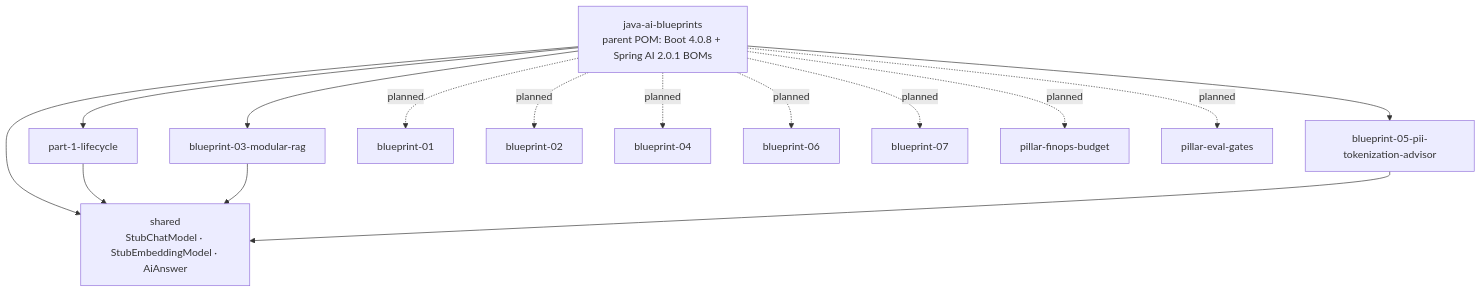
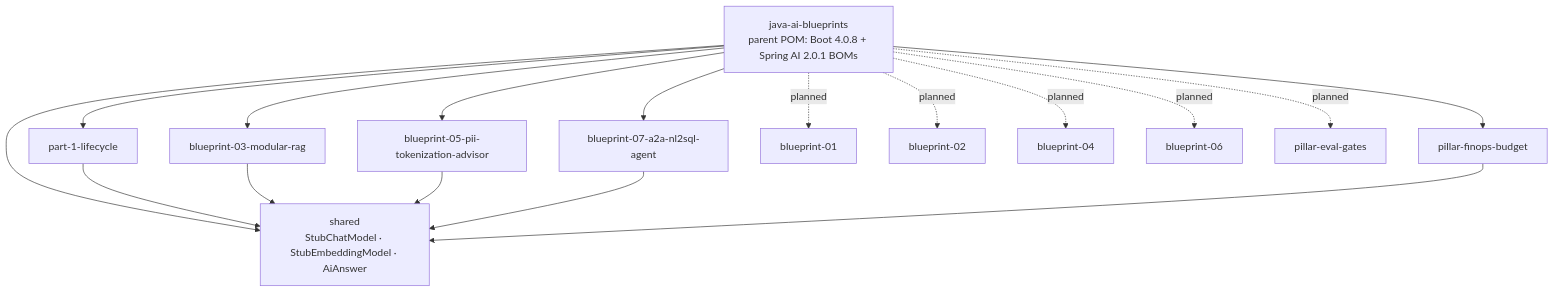
Before and after one commit to aaron-samuvel/java-ai-blueprints: the first of 3 diagrams in docs/architecture.md, drawn with Mermaid. The commit also changed 4 other files, not shown here.

Commit message:
docs: update README, mapping, architecture, progress and CHANGELOG for M3

````diff
--- a/docs/architecture.md
+++ b/docs/architecture.md
@@ -6,12 +6,16 @@
 ```mermaid
 flowchart TB
   root[java-ai-blueprints<br/>parent POM: Boot 4.0.8 + Spring AI 2.0.1 BOMs]
   root --> shared[shared<br/>StubChatModel · StubEmbeddingModel · AiAnswer]
   root --> p1[part-1-lifecycle]
   root --> b3[blueprint-03-modular-rag]
   root --> b5[blueprint-05-pii-tokenization-advisor]
+  root --> b7[blueprint-07-a2a-nl2sql-agent]
+  root --> fin[pillar-finops-budget]
   p1 --> shared
   b3 --> shared
   b5 --> shared
-  root -.planned.-> b1[blueprint-01] & b2[blueprint-02] & b4[blueprint-04] & b6[blueprint-06] & b7[blueprint-07] & fin[pillar-finops-budget] & ev[pillar-eval-gates]
+  b7 --> shared
+  fin --> shared
+  root -.planned.-> b1[blueprint-01] & b2[blueprint-02] & b4[blueprint-04] & b6[blueprint-06] & ev[pillar-eval-gates]
 ```
````
